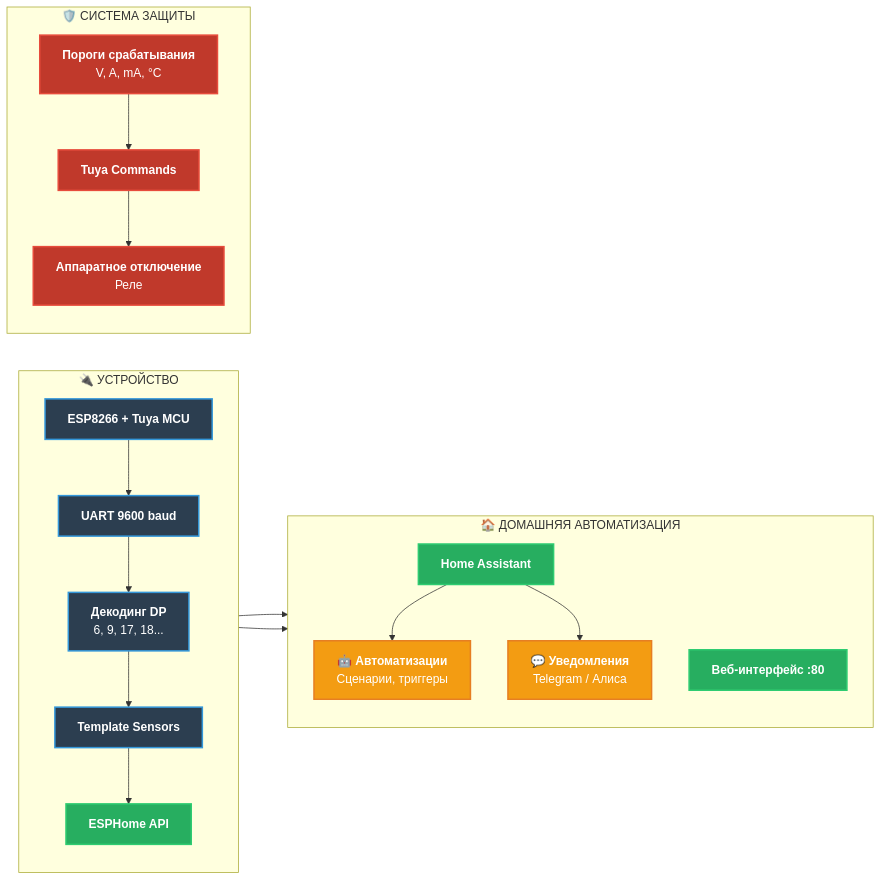
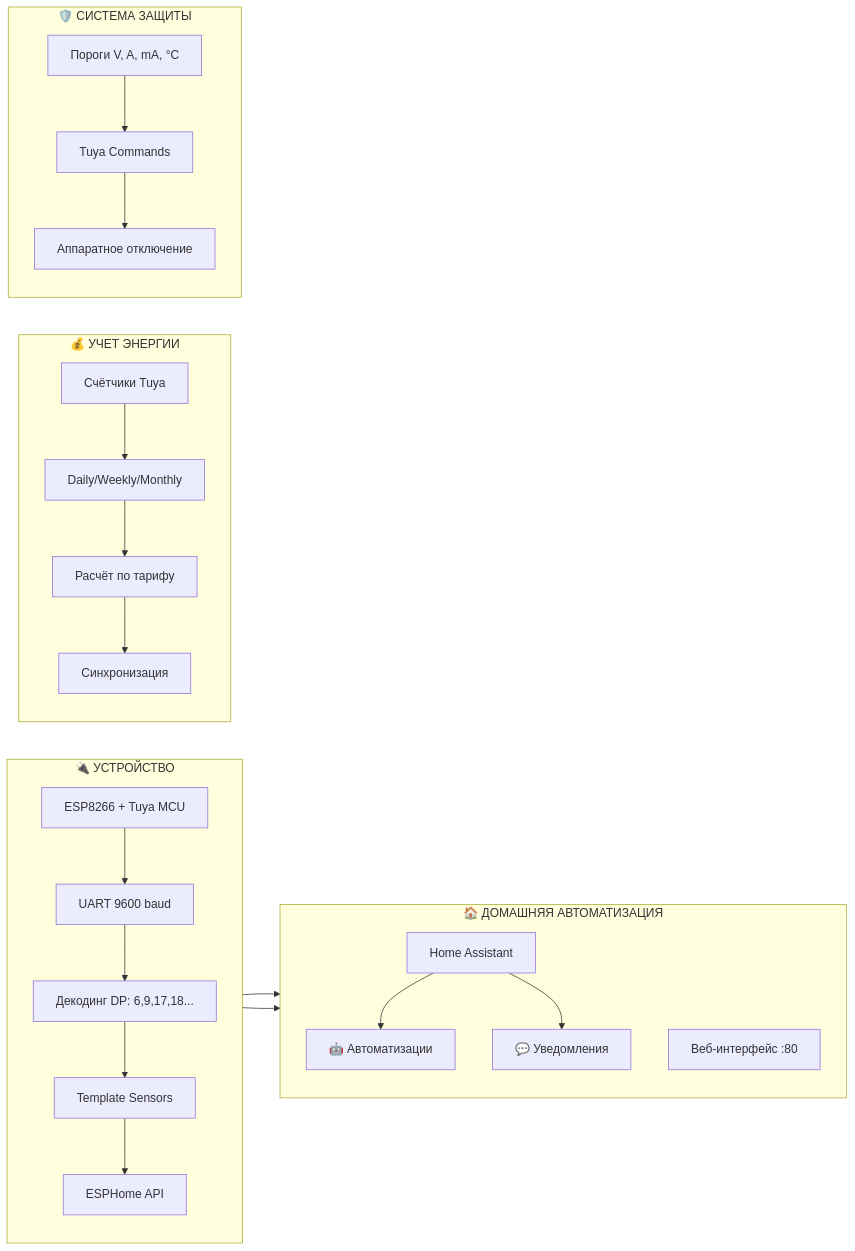
The diagram in README.md (mitusoff/SINOTIMER-SVP-688W-ESPHome-Edition), drawn with Mermaid before and after one commit. The commit also changed other lines of this file, not shown here.

````diff
--- a/README.md
+++ b/README.md
@@ -93,37 +148,31 @@
 ```mermaid
 graph LR
     subgraph "🔌 УСТРОЙСТВО"
         direction TB
-        A["<b>ESP8266 + Tuya MCU</b>"] --> B["<b>UART 9600 baud</b>"]
-        B --> C["<b>Декодинг DP</b><br/>6, 9, 17, 18..."]
-        C --> D["<b>Template Sensors</b>"]
-        D --> E["<b>ESPHome API</b>"]
+        A["ESP8266 + Tuya MCU"] --> B["UART 9600 baud"]
+        B --> C["Декодинг DP: 6,9,17,18..."]
+        C --> D["Template Sensors"]
+        D --> E["ESPHome API"]
     end
     
     subgraph "🏠 ДОМАШНЯЯ АВТОМАТИЗАЦИЯ"
         direction TB
-        E --> F["<b>Home Assistant</b>"]
-        E --> G["<b>Веб-интерфейс :80</b>"]
-        F --> H["🤖 <b>Автоматизации</b><br/>Сценарии, триггеры"]
-        F --> I["💬 <b>Уведомления</b><br/>Telegram / Алиса"]
+        E --> F["Home Assistant"]
+        E --> G["Веб-интерфейс :80"]
+        F --> H["🤖 Автоматизации"]
+        F --> I["💬 Уведомления"]
+    end
+    
+    subgraph "💰 УЧЕТ ЭНЕРГИИ"
+        direction TB
+        J["Счётчики Tuya"] --> K["Daily/Weekly/Monthly"]
+        K --> L["Расчёт по тарифу"]
+        L --> M["Синхронизация"]
     end
     
     subgraph "🛡️ СИСТЕМА ЗАЩИТЫ"
         direction TB
-        J["<b>Пороги срабатывания</b><br/>V, A, mA, °C"] --> K["<b>Tuya Commands</b>"]
-        K --> L["<b>Аппаратное отключение</b><br/>Реле"]
+        N["Пороги V, A, mA, °C"] --> O["Tuya Commands"]
+        O --> P["Аппаратное отключение"]
     end
-    
-    style A fill:#2c3e50,stroke:#3498db,stroke-width:2px,color:#fff
-    style B fill:#2c3e50,stroke:#3498db,stroke-width:2px,color:#fff
-    style C fill:#2c3e50,stroke:#3498db,stroke-width:2px,color:#fff
-    style D fill:#2c3e50,stroke:#3498db,stroke-width:2px,color:#fff
-    style E fill:#27ae60,stroke:#2ecc71,stroke-width:2px,color:#fff
-    style F fill:#27ae60,stroke:#2ecc71,stroke-width:2px,color:#fff
-    style G fill:#27ae60,stroke:#2ecc71,stroke-width:2px,color:#fff
-    style H fill:#f39c12,stroke:#e67e22,stroke-width:2px,color:#fff
-    style I fill:#f39c12,stroke:#e67e22,stroke-width:2px,color:#fff
-    style J fill:#c0392b,stroke:#e74c3c,stroke-width:2px,color:#fff
-    style K fill:#c0392b,stroke:#e74c3c,stroke-width:2px,color:#fff
-    style L fill:#c0392b,stroke:#e74c3c,stroke-width:2px,color:#fff
 ```
````
